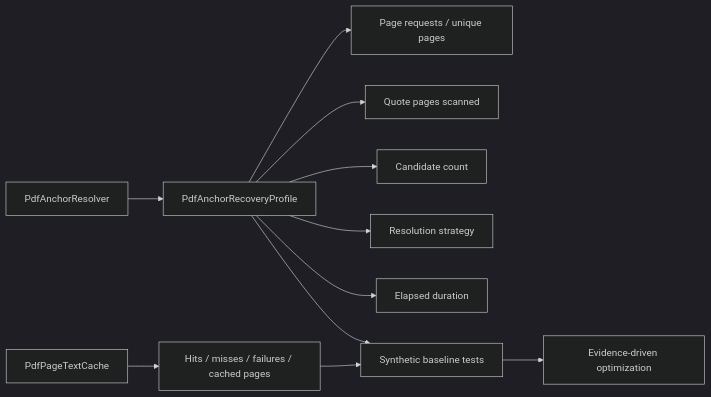
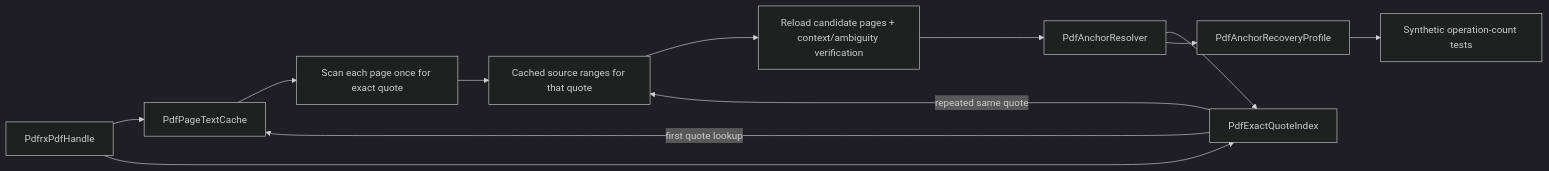
Before and after one commit to aaditya140103/kola: the ninth of 17 diagrams in docs/PROJECT_GRAPH.md, drawn with Mermaid (dark theme). The commit also changed other lines of this file, not shown here.

Commit message:
Map exact quote candidate recovery path

````diff
--- a/docs/PROJECT_GRAPH.md
+++ b/docs/PROJECT_GRAPH.md
@@ -175,13 +175,14 @@
 ```mermaid
 flowchart LR
-    Resolve[PdfAnchorResolver] --> Profile[PdfAnchorRecoveryProfile]
-    Profile --> Requests[Page requests / unique pages]
-    Profile --> Scan[Quote pages scanned]
-    Profile --> Candidates[Candidate count]
-    Profile --> Strategy[Resolution strategy]
-    Profile --> Time[Elapsed duration]
-    Cache[PdfPageTextCache] --> Counters[Hits / misses / failures / cached pages]
-    Profile --> Baseline[Synthetic baseline tests]
-    Counters --> Baseline
-    Baseline --> Decision[Evidence-driven optimization]
+    Handle[PdfrxPdfHandle] --> TextCache[PdfPageTextCache]
+    Handle --> QuoteIndex[PdfExactQuoteIndex]
+    Resolver[PdfAnchorResolver] --> QuoteIndex
+    QuoteIndex -- first quote lookup --> TextCache
+    TextCache --> Scan[Scan each page once for exact quote]
+    Scan --> CandidateCache[Cached source ranges for that quote]
+    QuoteIndex -- repeated same quote --> CandidateCache
+    CandidateCache --> Verify[Reload candidate pages + context/ambiguity verification]
+    Verify --> Resolver
+    Resolver --> Profile[PdfAnchorRecoveryProfile]
+    Profile --> Baseline[Synthetic operation-count tests]
 ```
````
